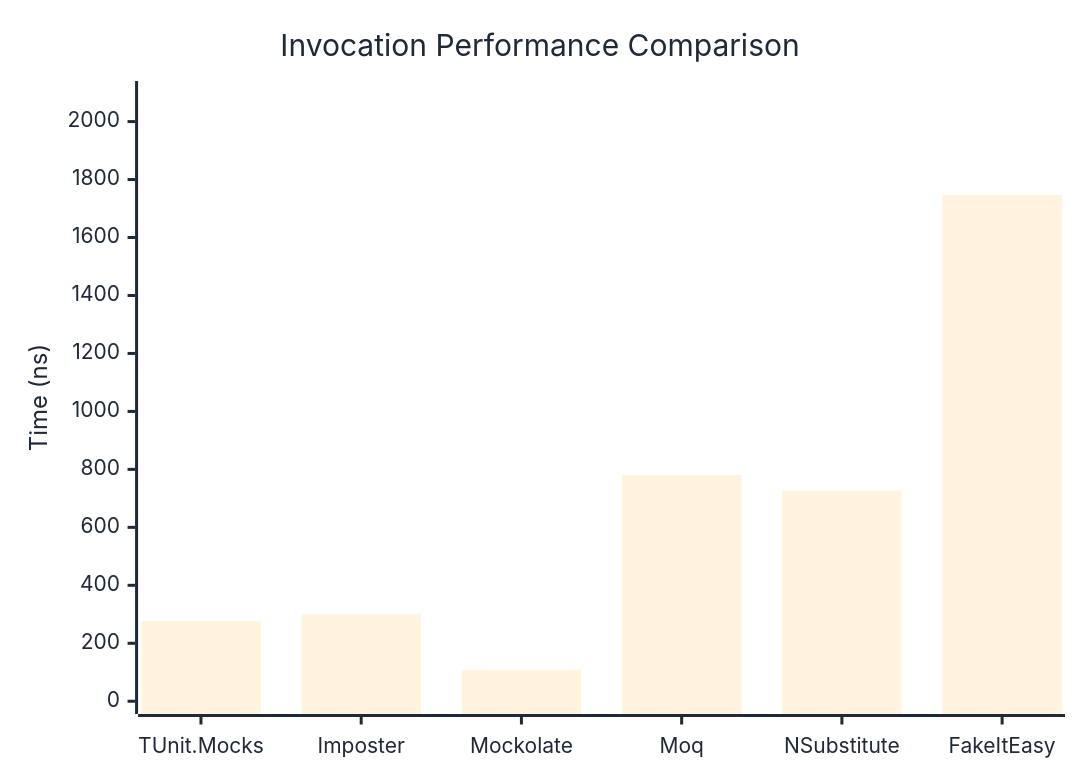
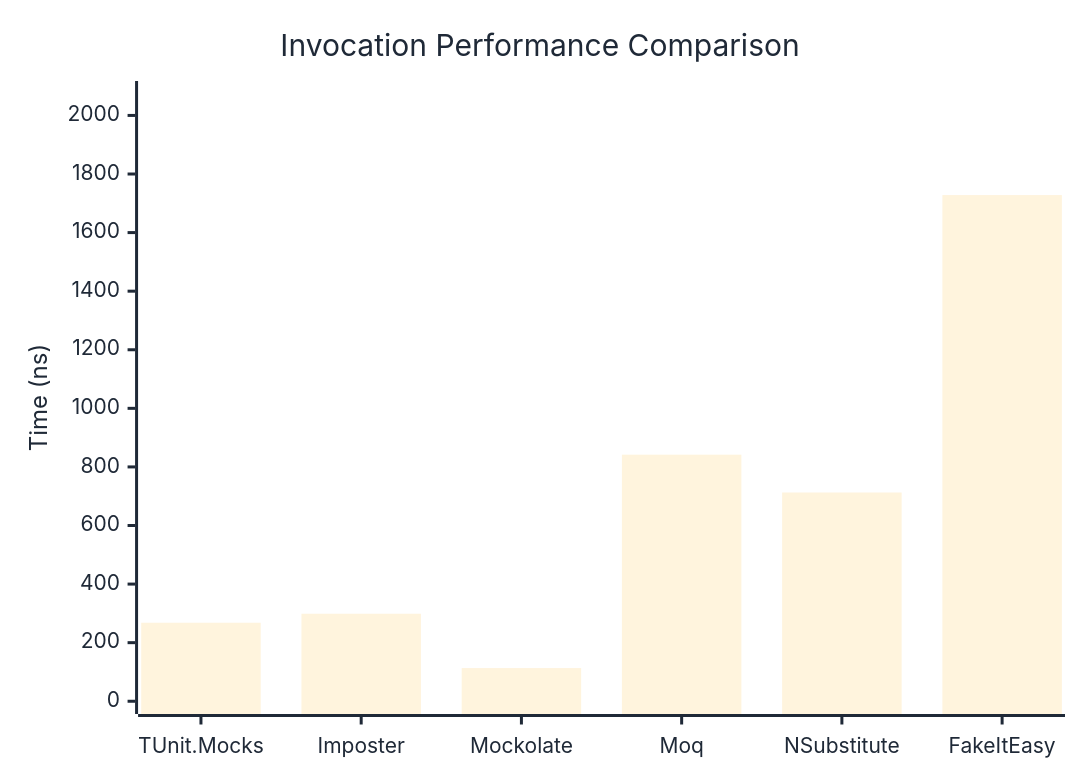
Before and after one commit to thomhurst/TUnit: the first of 3 diagrams in docs/docs/benchmarks/mocks/Invocation.md, drawn with Mermaid. The commit also changed other lines of this file and 14 other files, not shown here.

````diff
--- a/docs/docs/benchmarks/mocks/Invocation.md
+++ b/docs/docs/benchmarks/mocks/Invocation.md
@@ -30,27 +30,27 @@
 ```mermaid
 %%{init: {
   'theme':'base',
   'themeVariables': {
     'primaryColor': '#2563eb',
     'primaryTextColor': '#1f2937',
     'primaryBorderColor': '#1e40af',
     'lineColor': '#6b7280',
     'secondaryColor': '#7c3aed',
     'tertiaryColor': '#dc2626',
     'background': '#ffffff',
     'pie1': '#2563eb',
     'pie2': '#7c3aed',
     'pie3': '#dc2626',
     'pie4': '#f59e0b',
     'pie5': '#10b981',
     'pie6': '#06b6d4',
     'pie7': '#ec4899',
     'pie8': '#6366f1'
   }
 }}%%
 xychart-beta
   title "Invocation Performance Comparison"
   x-axis ["TUnit.Mocks", "Imposter", "Mockolate", "Moq", "NSubstitute", "FakeItEasy"]
-  y-axis "Time (ns)" 0 --> 2096
-  bar [276.94, 301.53, 107.91, 780.48, 726.83, 1746.43]
+  y-axis "Time (ns)" 0 --> 2074
+  bar [268.1, 298.8, 113.3, 841.8, 712.7, 1728.1]
 ```
````
